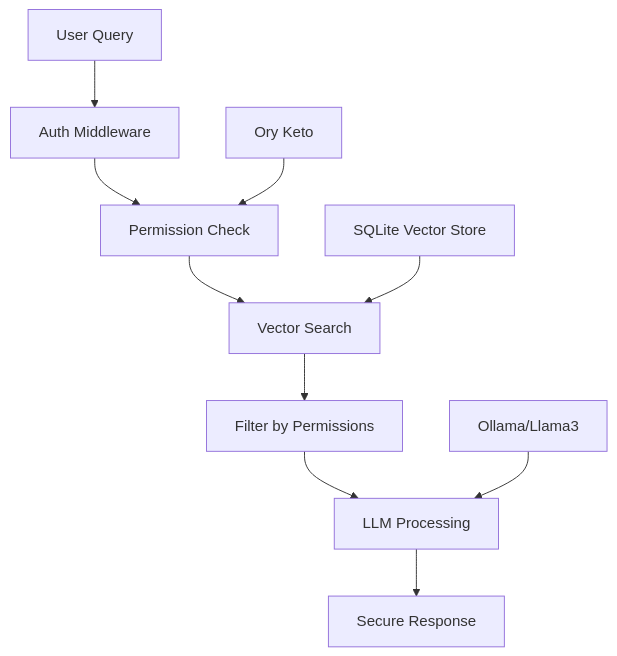
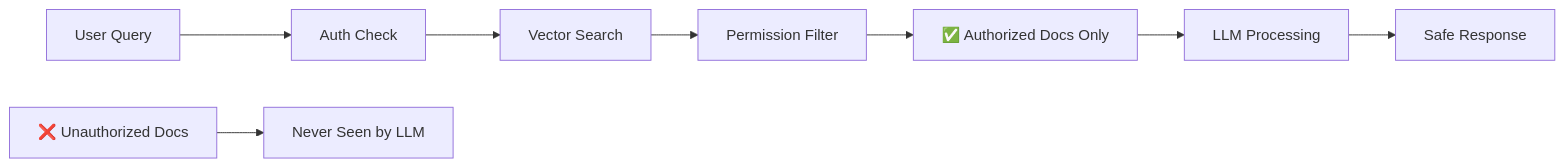
One commit to ory/rerag-rbac-rag-llm changed the diagram in README.md. Above: the diagram before and after it, drawn with Mermaid. The commit also changed other lines of this file and 4 other files, not shown here.

````diff
--- a/README.md
+++ b/README.md
@@ -88,13 +92,11 @@
 ```mermaid
-graph TD
-    A[User Query] --> B[Auth Middleware]
-    B --> C[Permission Check]
-    C --> D[Vector Search]
-    D --> E[Filter by Permissions]
+graph LR
+    A[User Query] --> B[Auth Check]
+    B --> C[Vector Search]
+    C --> D[Permission Filter]
+    D --> E[✅ Authorized Docs Only]
     E --> F[LLM Processing]
-    F --> G[Secure Response]
+    F --> G[Safe Response]
 
-    H[Ory Keto] --> C
-    I[SQLite Vector Store] --> D
-    J[Ollama/Llama3] --> F
+    H[❌ Unauthorized Docs] --> I[Never Seen by LLM]
 ```
````
